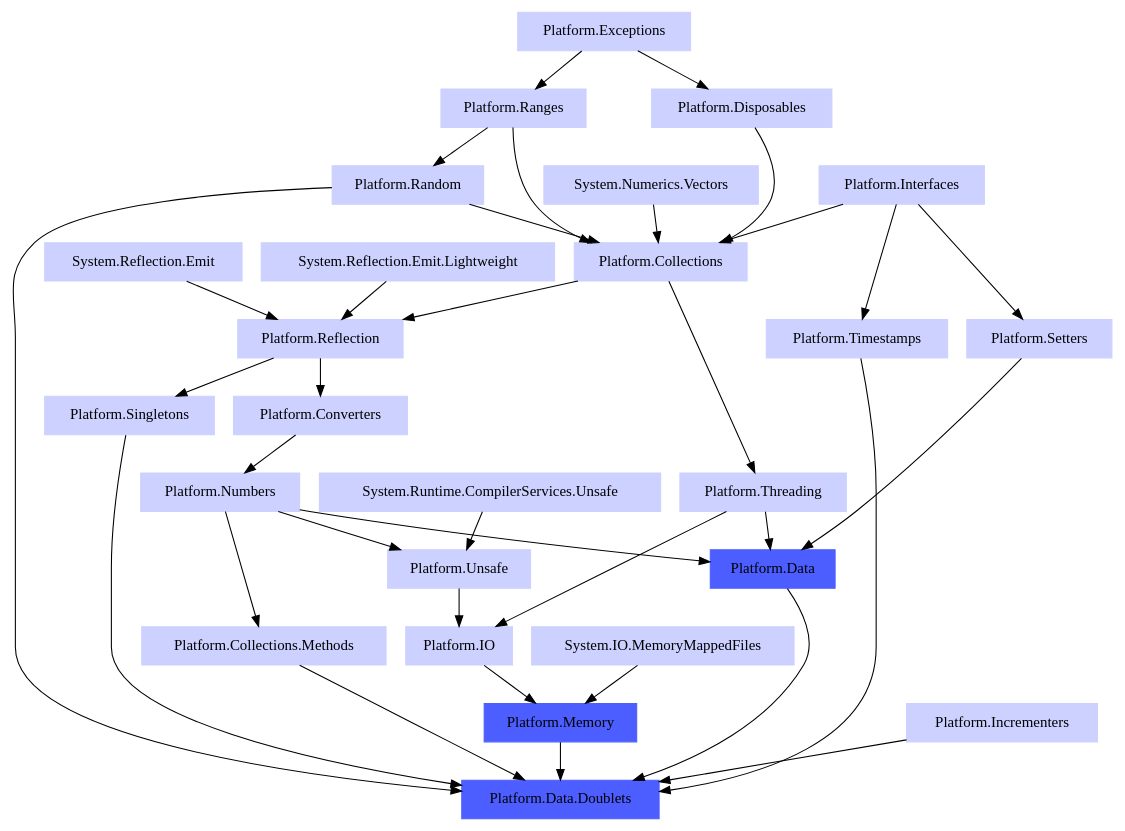
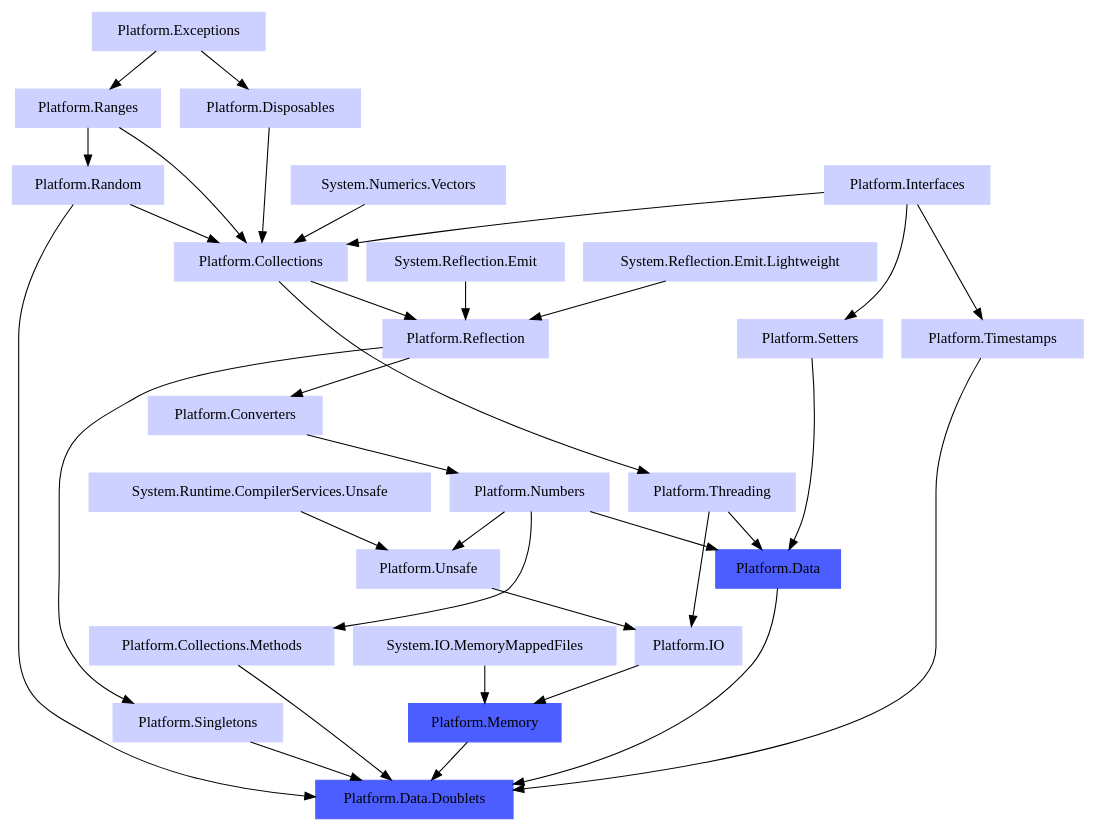
The diagram in doc/Dependencies/Platform.Data.Doublets.dot (linksplatform/Documentation), drawn with Graphviz before and after one commit. The commit also changed 3 other files, not shown here.

Commit message:
Data.Doublets do not depend on Incrementers.

```diff
--- a/doc/Dependencies/Platform.Data.Doublets.dot
+++ b/doc/Dependencies/Platform.Data.Doublets.dot
@@ -1,80 +1,78 @@
 digraph PlatformDataDoubletsDependencies {
   node [style=filled, color="0.650 0.200 1.000", shape="rectangle"]
   
   "Platform.Exceptions" -> "Platform.Disposables"
   
   "System.Numerics.Vectors" -> "Platform.Collections"
   "Platform.Interfaces" -> "Platform.Collections"
   "Platform.Disposables" -> "Platform.Collections"
   "Platform.Ranges" -> "Platform.Collections"
   "Platform.Random" -> "Platform.Collections"
   
   "System.Runtime.CompilerServices.Unsafe" -> "Platform.Unsafe"
   "Platform.Numbers" -> "Platform.Unsafe"
   
   "Platform.Reflection" -> "Platform.Converters"
   
   "Platform.Exceptions" -> "Platform.Ranges"
   
   "System.Reflection.Emit" -> "Platform.Reflection"
   "System.Reflection.Emit.Lightweight" -> "Platform.Reflection"
   "Platform.Collections" -> "Platform.Reflection"
   
   "Platform.Threading" -> "Platform.IO"
   "Platform.Unsafe" -> "Platform.IO"
   
   "Platform.Collections" -> "Platform.Threading"
   
   "Platform.Converters" -> "Platform.Numbers"
   
   "Platform.Numbers" -> "Platform.Collections.Methods"
   
   "Platform.Ranges" -> "Platform.Random"
   
   "Platform.Interfaces" -> "Platform.Timestamps"
   
   "Platform.Interfaces" -> "Platform.Setters"
   
   "Platform.Reflection" -> "Platform.Singletons"
   
   "System.IO.MemoryMappedFiles" -> "Platform.Memory"
   "Platform.IO" -> "Platform.Memory"
   
   "Platform.Threading" -> "Platform.Data"
   "Platform.Numbers" -> "Platform.Data"
   "Platform.Setters" -> "Platform.Data"
   
   "Platform.Random" -> "Platform.Data.Doublets"
   "Platform.Timestamps" -> "Platform.Data.Doublets"
   "Platform.Collections.Methods" -> "Platform.Data.Doublets"
   "Platform.Singletons" -> "Platform.Data.Doublets"
   "Platform.Memory" -> "Platform.Data.Doublets"
   "Platform.Data" -> "Platform.Data.Doublets"
-  "Platform.Incrementers" -> "Platform.Data.Doublets"
   
   "System.Numerics.Vectors" [href="https://www.nuget.org/packages/System.Numerics.Vectors"]
   "Platform.Exceptions" [href="https://github.com/linksplatform/Exceptions"]
   "Platform.Disposables" [href="https://github.com/linksplatform/Disposables"]
   "System.Runtime.CompilerServices.Unsafe" [href="https://www.nuget.org/packages/System.Runtime.CompilerServices.Unsafe"]
   "System.Reflection.Emit" [href="https://www.nuget.org/packages/System.Reflection.Emit"]
   "System.Reflection.Emit.Lightweight" [href="https://www.nuget.org/packages/System.Reflection.Emit.Lightweight"]
   "Platform.Unsafe" [href="https://github.com/linksplatform/Unsafe"]
   "Platform.Collections" [href="https://github.com/linksplatform/Collections"]
   "Platform.Converters" [href="https://github.com/linksplatform/Converters"]
   "Platform.Ranges" [href="https://github.com/linksplatform/Ranges"]
   "Platform.Interfaces" [href="https://github.com/linksplatform/Interfaces"]
-  "Platform.Incrementers" [href="https://github.com/linksplatform/Incrementers"]
   "Platform.Reflection" [href="https://github.com/linksplatform/Reflection"]
   "System.IO.MemoryMappedFiles" [href="https://www.nuget.org/packages/System.IO.MemoryMappedFiles"]
   "Platform.IO" [href="https://github.com/linksplatform/IO"]
   "Platform.Threading" [href="https://github.com/linksplatform/Threading"]
   "Platform.Numbers" [href="https://github.com/linksplatform/Numbers"]
   "Platform.Setters" [href="https://github.com/linksplatform/Setters"]
   "Platform.Random" [href="https://github.com/linksplatform/Random"]
   "Platform.Timestamps" [href="https://github.com/linksplatform/Timestamps"]
   "Platform.Collections.Methods" [href="https://github.com/linksplatform/Collections.Methods"]
   "Platform.Singletons" [href="https://github.com/linksplatform/Singletons"]
   "Platform.Memory" [color="0.650 0.700 1.000", href="https://github.com/linksplatform/Memory"]
   "Platform.Data" [color="0.650 0.700 1.000", href="https://github.com/linksplatform/Data"]
   "Platform.Data.Doublets" [color="0.650 0.700 1.000", style=filled, href="https://github.com/linksplatform/Data.Doublets"]
 }
```
